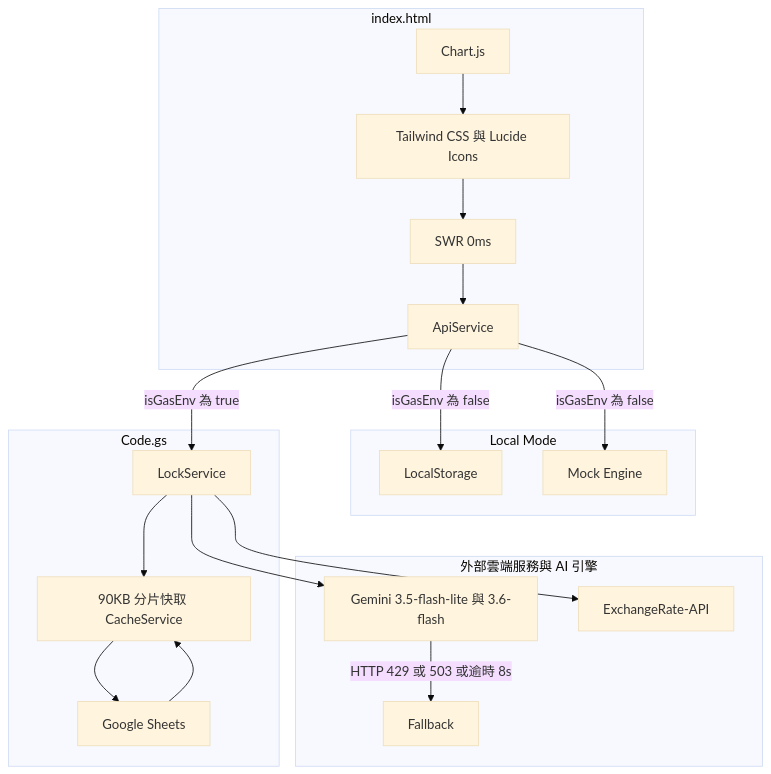
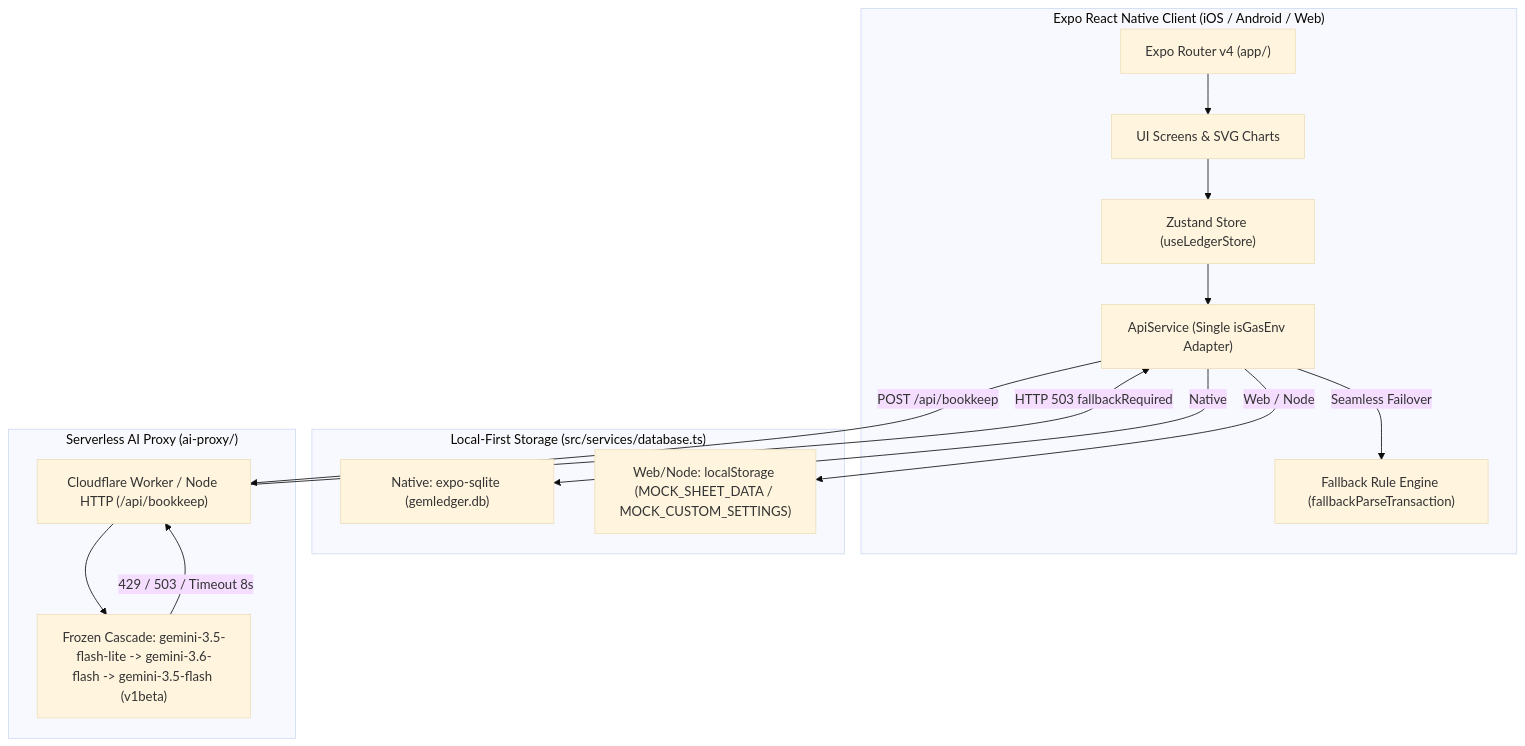
Before and after one commit to jaytsbo/gemledger-26-speach: the diagram in README.md, drawn with Mermaid (base theme). The commit also changed other lines of this file and 55 other files, not shown here.

Commit message:
feat: refactor analytics trend chart, swipeable charts, unified currency settings, and overview cleanup

````diff
--- a/README.md
+++ b/README.md
@@ -75,39 +51,31 @@
 ```mermaid
 flowchart TD
-    subgraph Client["index.html"]
-        UI["Tailwind CSS 與 Lucide Icons"]
-        SWR["SWR 0ms"]
-        Charts["Chart.js"]
-        Adapter["ApiService"]
+    subgraph MobileWeb["Expo React Native Client (iOS / Android / Web)"]
+        Router["Expo Router v4 (app/)"]
+        UI["UI Screens & SVG Charts"]
+        Store["Zustand Store (useLedgerStore)"]
+        Adapter["ApiService (Single isGasEnv Adapter)"]
+        Fallback["Fallback Rule Engine (fallbackParseTransaction)"]
     end
 
-    subgraph LocalEnv["Local Mode"]
-        LS["LocalStorage"]
-        MockEngine["Mock Engine"]
+    subgraph LocalStorage["Local-First Storage (src/services/database.ts)"]
+        SQLite["Native: expo-sqlite (gemledger.db)"]
+        WebLS["Web/Node: localStorage (MOCK_SHEET_DATA / MOCK_CUSTOM_SETTINGS)"]
     end
 
-    subgraph GasEnv["Code.gs"]
-        Lock["LockService"]
-        ChunkCache["90KB 分片快取 CacheService"]
-        SheetDB["Google Sheets"]
+    subgraph EdgeProxy["Serverless AI Proxy (ai-proxy/)"]
+        Worker["Cloudflare Worker / Node HTTP (/api/bookkeep)"]
+        Cascade["Frozen Cascade: gemini-3.5-flash-lite -> gemini-3.6-flash -> gemini-3.5-flash (v1beta)"]
     end
 
-    subgraph ExternalAPI["外部雲端服務與 AI 引擎"]
-        Gemini["Gemini 3.5-flash-lite 與 3.6-flash"]
-        Fallback["Fallback"]
-        FX["ExchangeRate-API"]
-    end
-
-    UI --> SWR
-    SWR --> Adapter
-    Charts --> UI
-    Adapter -->|isGasEnv 為 false| LS
-    Adapter -->|isGasEnv 為 false| MockEngine
-    Adapter -->|isGasEnv 為 true| Lock
-    Lock --> ChunkCache
-    ChunkCache --> SheetDB
-    SheetDB --> ChunkCache
-    Lock --> Gemini
-    Gemini -->|HTTP 429 或 503 或逾時 8s| Fallback
-    Lock --> FX
+    Router --> UI
+    UI --> Store
+    Store --> Adapter
+    Adapter -->|Native| SQLite
+    Adapter -->|Web / Node| WebLS
+    Adapter -->|POST /api/bookkeep| Worker
+    Worker --> Cascade
+    Cascade -->|429 / 503 / Timeout 8s| Worker
+    Worker -->|HTTP 503 fallbackRequired| Adapter
+    Adapter -->|Seamless Failover| Fallback
 ```
````
